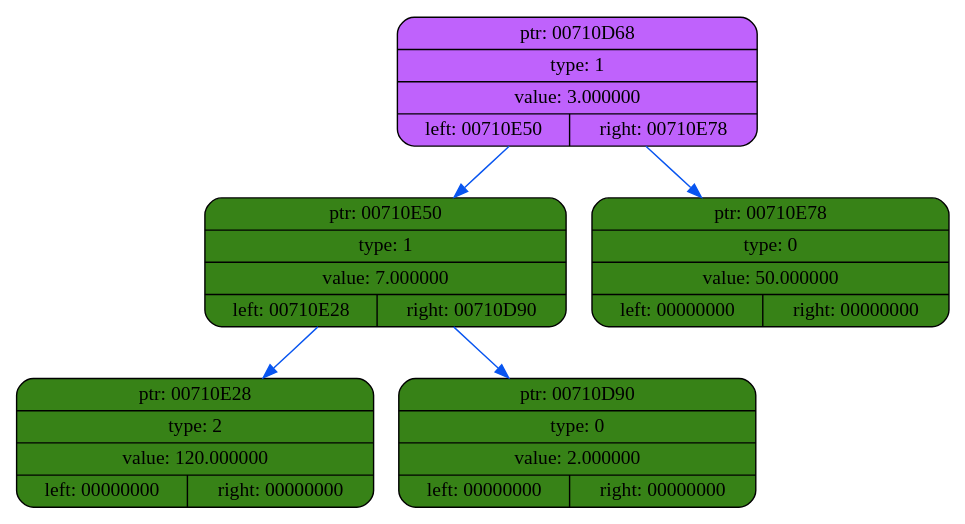
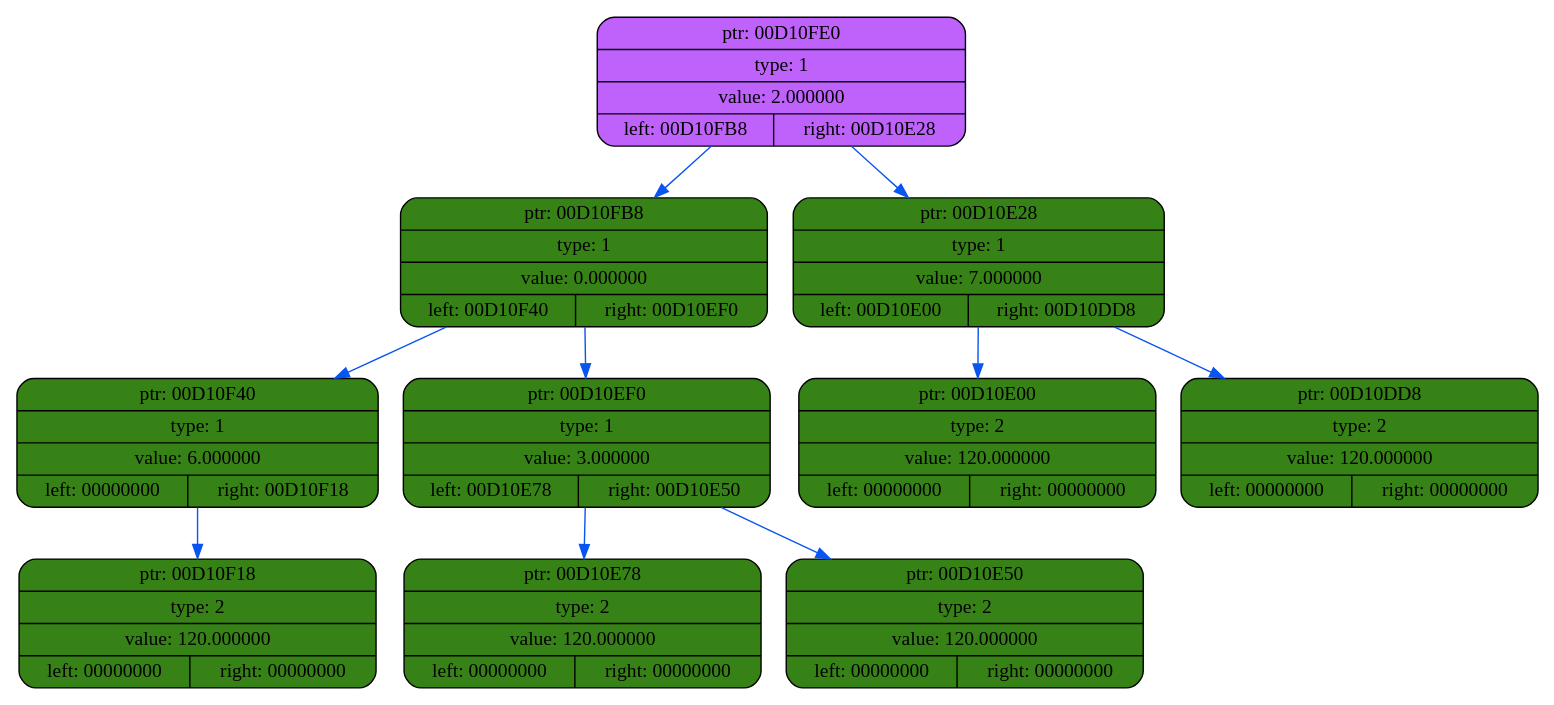
The diagram in dump/dump5.dot (coffee8cat/differentiator), drawn with Graphviz before and after one commit. The commit also changed 22 other files, not shown here.

```diff
--- a/dump/dump5.dot
+++ b/dump/dump5.dot
@@ -1,14 +1,24 @@
 digraph
 {
     rankdir=TP
 
-        node00710D68[shape=record,style="rounded,filled",fillcolor="#BF62FC",label="{ ptr: 00710D68 | type: 1 | value: 3.000000| { left: 00710E50 | right: 00710E78 }}"];
-    node00710D68 -> node00710E50[color="#0855F0"]
-    node00710E50[shape=record,style="rounded,filled",fillcolor="#378217",label="{ ptr: 00710E50 | type: 1 | value: 7.000000| { left: 00710E28 | right: 00710D90 }}"];
-    node00710E50 -> node00710E28[color="#0855F0"]
-    node00710E28[shape=record,style="rounded,filled",fillcolor="#378217",label="{ ptr: 00710E28 | type: 2 | value: 120.000000| { left: 00000000 | right: 00000000 }}"];
-    node00710E50 -> node00710D90[color="#0855F0"]
-    node00710D90[shape=record,style="rounded,filled",fillcolor="#378217",label="{ ptr: 00710D90 | type: 0 | value: 2.000000| { left: 00000000 | right: 00000000 }}"];
-    node00710D68 -> node00710E78[color="#0855F0"]
-    node00710E78[shape=record,style="rounded,filled",fillcolor="#378217",label="{ ptr: 00710E78 | type: 0 | value: 50.000000| { left: 00000000 | right: 00000000 }}"];
+        node00D10FE0[shape=record,style="rounded,filled",fillcolor="#BF62FC",label="{ ptr: 00D10FE0 | type: 1 | value: 2.000000| { left: 00D10FB8 | right: 00D10E28 }}"];
+    node00D10FE0 -> node00D10FB8[color="#0855F0"]
+    node00D10FB8[shape=record,style="rounded,filled",fillcolor="#378217",label="{ ptr: 00D10FB8 | type: 1 | value: 0.000000| { left: 00D10F40 | right: 00D10EF0 }}"];
+    node00D10FB8 -> node00D10F40[color="#0855F0"]
+    node00D10F40[shape=record,style="rounded,filled",fillcolor="#378217",label="{ ptr: 00D10F40 | type: 1 | value: 6.000000| { left: 00000000 | right: 00D10F18 }}"];
+    node00D10F40 -> node00D10F18[color="#0855F0"]
+    node00D10F18[shape=record,style="rounded,filled",fillcolor="#378217",label="{ ptr: 00D10F18 | type: 2 | value: 120.000000| { left: 00000000 | right: 00000000 }}"];
+    node00D10FB8 -> node00D10EF0[color="#0855F0"]
+    node00D10EF0[shape=record,style="rounded,filled",fillcolor="#378217",label="{ ptr: 00D10EF0 | type: 1 | value: 3.000000| { left: 00D10E78 | right: 00D10E50 }}"];
+    node00D10EF0 -> node00D10E78[color="#0855F0"]
+    node00D10E78[shape=record,style="rounded,filled",fillcolor="#378217",label="{ ptr: 00D10E78 | type: 2 | value: 120.000000| { left: 00000000 | right: 00000000 }}"];
+    node00D10EF0 -> node00D10E50[color="#0855F0"]
+    node00D10E50[shape=record,style="rounded,filled",fillcolor="#378217",label="{ ptr: 00D10E50 | type: 2 | value: 120.000000| { left: 00000000 | right: 00000000 }}"];
+    node00D10FE0 -> node00D10E28[color="#0855F0"]
+    node00D10E28[shape=record,style="rounded,filled",fillcolor="#378217",label="{ ptr: 00D10E28 | type: 1 | value: 7.000000| { left: 00D10E00 | right: 00D10DD8 }}"];
+    node00D10E28 -> node00D10E00[color="#0855F0"]
+    node00D10E00[shape=record,style="rounded,filled",fillcolor="#378217",label="{ ptr: 00D10E00 | type: 2 | value: 120.000000| { left: 00000000 | right: 00000000 }}"];
+    node00D10E28 -> node00D10DD8[color="#0855F0"]
+    node00D10DD8[shape=record,style="rounded,filled",fillcolor="#378217",label="{ ptr: 00D10DD8 | type: 2 | value: 120.000000| { left: 00000000 | right: 00000000 }}"];
 }
```
